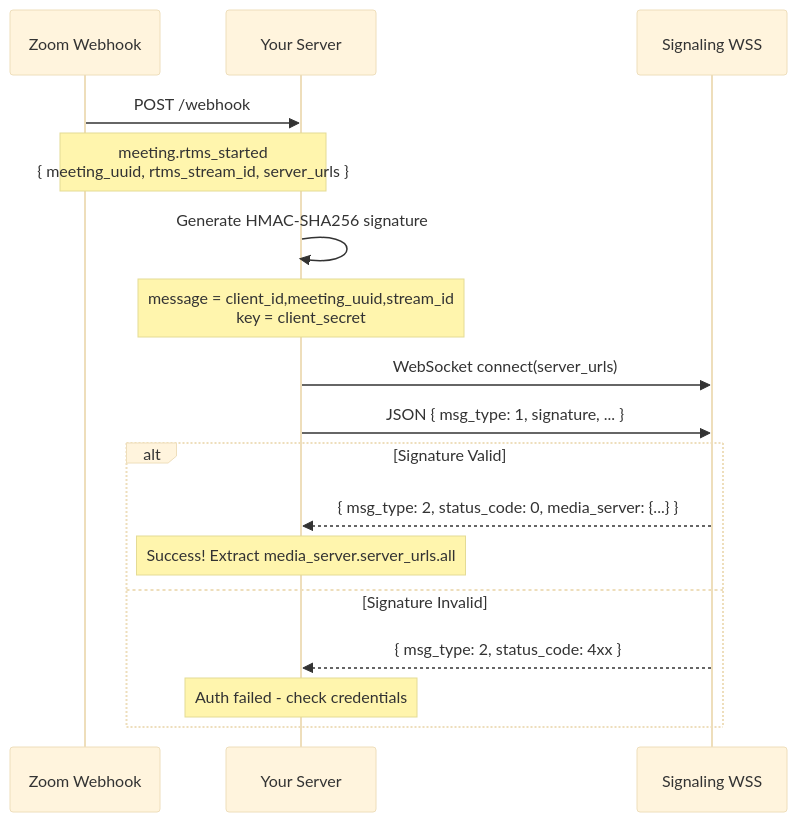
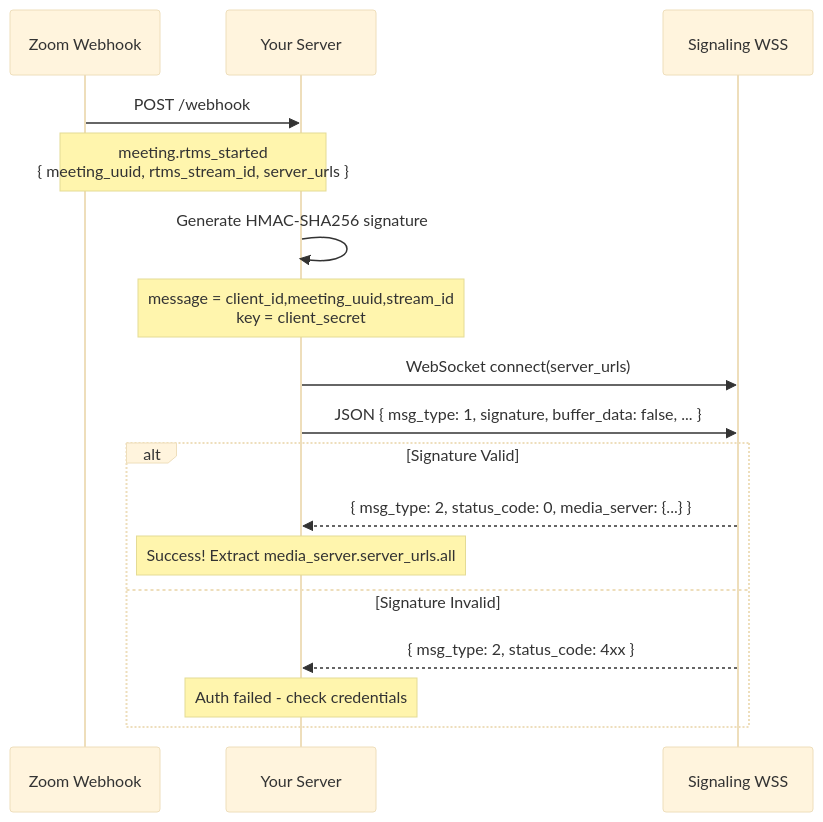
Before and after one commit to gengtang26/rtms-samples: the second of 5 diagrams in ARCHITECTURE.md, drawn with Mermaid (base theme). The commit also changed 26 other files, not shown here.

````diff
--- a/ARCHITECTURE.md
+++ b/ARCHITECTURE.md
@@ -80,23 +80,23 @@
 ```mermaid
 sequenceDiagram
     participant Zoom as Zoom Webhook
     participant Server as Your Server
     participant Sig as Signaling WSS
 
     Zoom->>Server: POST /webhook
     Note over Zoom,Server: meeting.rtms_started<br/>{ meeting_uuid, rtms_stream_id, server_urls }
 
     Server->>Server: Generate HMAC-SHA256 signature
     Note over Server: message = client_id,meeting_uuid,stream_id<br/>key = client_secret
 
     Server->>Sig: WebSocket connect(server_urls)
-    Server->>Sig: JSON { msg_type: 1, signature, ... }
+    Server->>Sig: JSON { msg_type: 1, signature, buffer_data: false, ... }
     
     alt Signature Valid
         Sig-->>Server: { msg_type: 2, status_code: 0, media_server: {...} }
         Note over Server: Success! Extract media_server.server_urls.all
     else Signature Invalid
         Sig-->>Server: { msg_type: 2, status_code: 4xx }
         Note over Server: Auth failed - check credentials
     end
 ```
````
